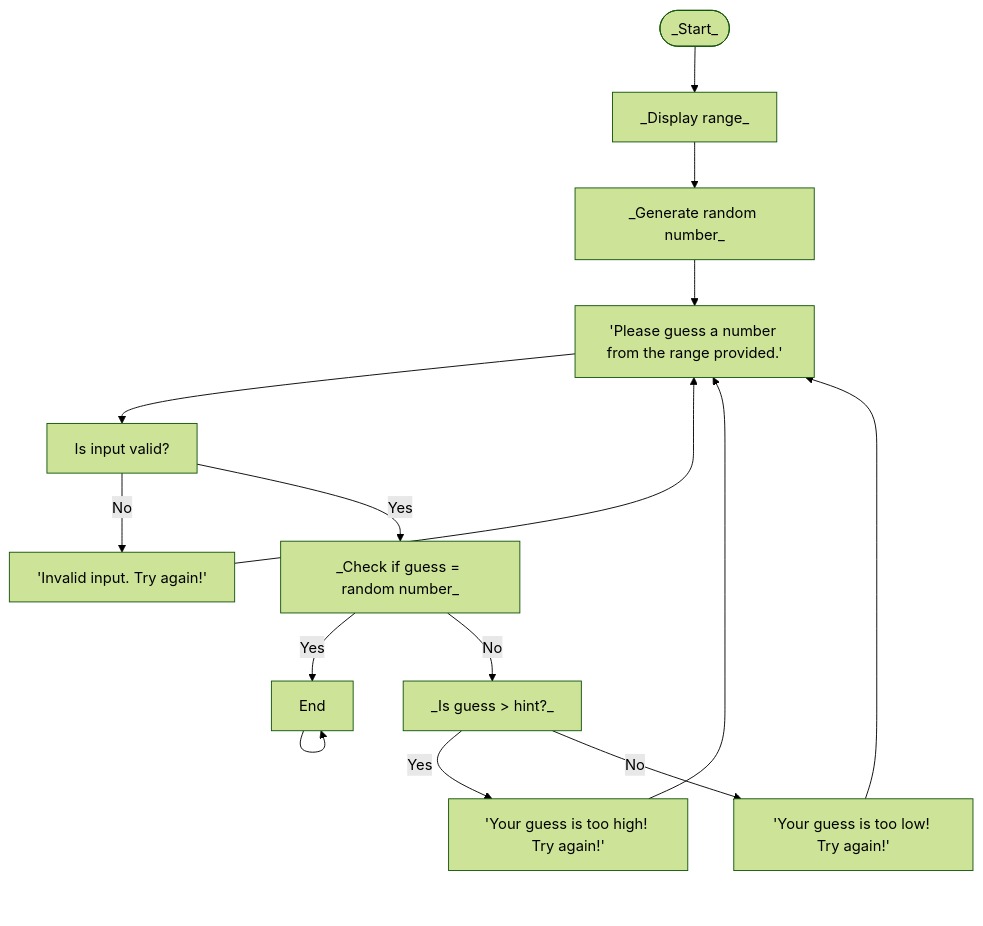
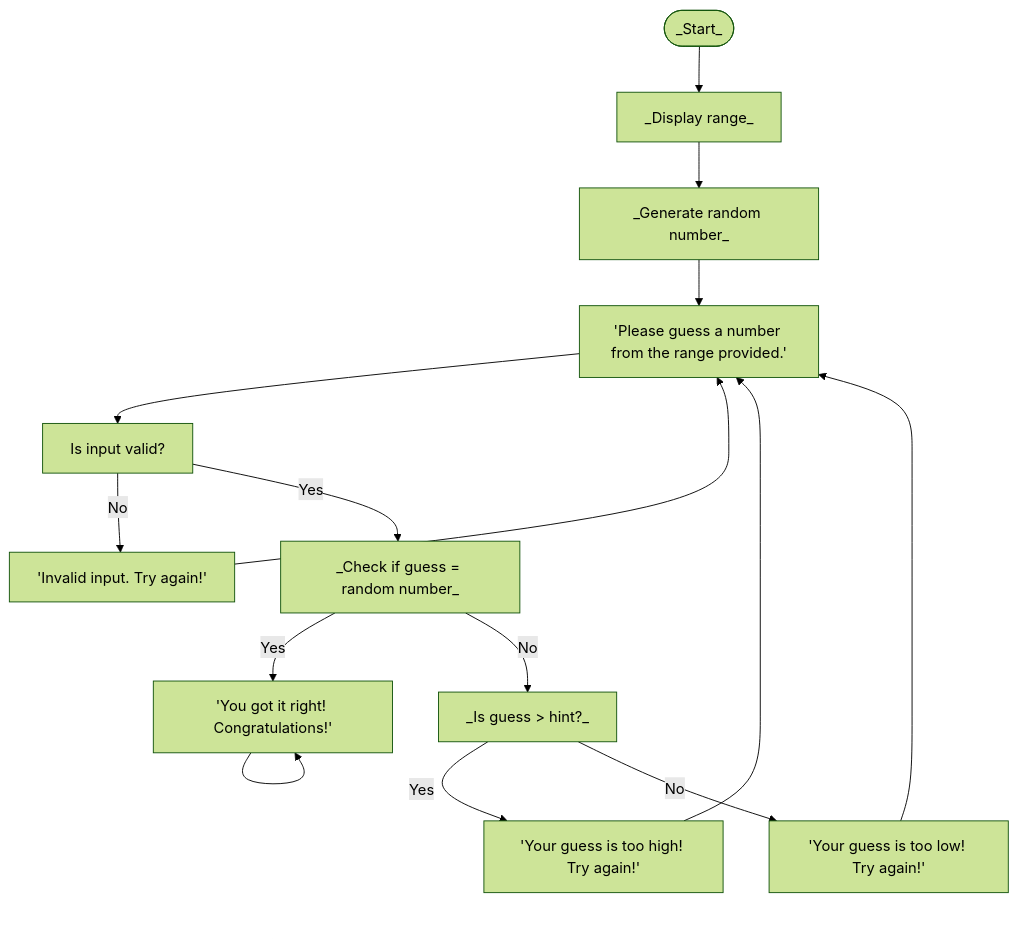
The diagram in Guessing.md (rfk-waketech/rfk-waketech.github.io), drawn with Mermaid (forest theme) before and after one commit.

````diff
--- a/Guessing.md
+++ b/Guessing.md
@@ -1,13 +1,13 @@
 ```mermaid
 flowchart TD
 Start([_Start_]) --> Range[_Display range_]
 Range --> Rand[_Generate random number_]
 Rand --> Input['Please guess a number from the range provided.']
 Input --> Valid[Is input valid?]
 Valid --> |No| Error['Invalid input. Try again!'] --> Input
 Valid --> |Yes| Check[_Check if guess = random number_]
-Check --> |Yes| End['You got it right! Congratulations!'] --> End[End]
+Check --> |Yes| End['You got it right! Congratulations!'] --> End
 Check --> |No| Hint[_Is guess > hint?_]
 Hint --> |Yes| High['Your guess is too high! Try again!'] --> Input
 Hint --> |No| Low['Your guess is too low! Try again!'] --> Input
 ```
````
